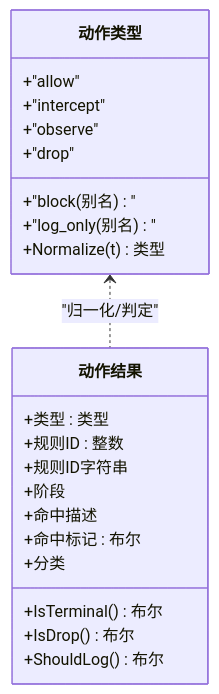
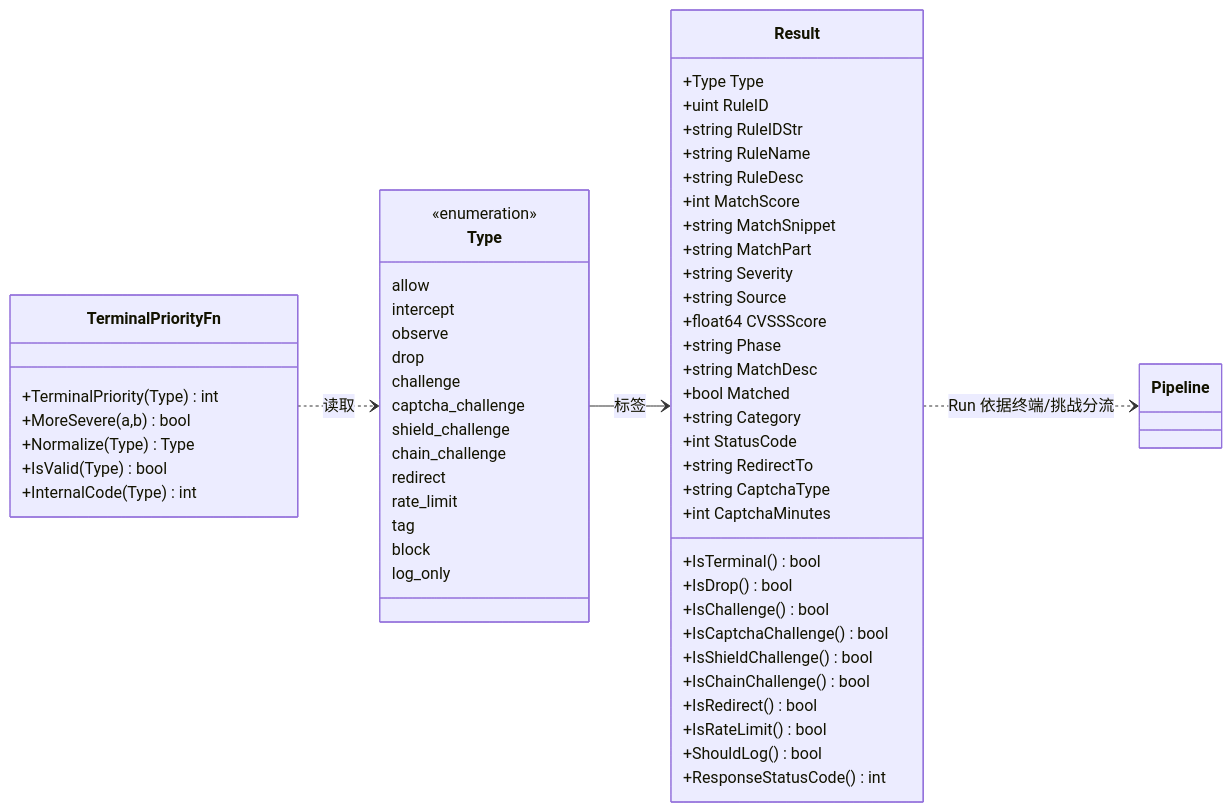
The second of 6 diagrams in docs/WAF 引擎系统/动作与结果系统.md (x01n/My-OpenWaf), drawn with Mermaid before and after one commit. The commit also changed other lines of this file and 622 other files, not shown here.

````diff
--- a/docs/WAF 引擎系统/动作与结果系统.md
+++ b/docs/WAF 引擎系统/动作与结果系统.md
@@ -183,25 +128,61 @@
 ```mermaid
 classDiagram
-class 动作类型 {
-+"allow"
-+"intercept"
-+"observe"
-+"drop"
-+"block(别名)"
-+"log_only(别名)"
-+Normalize(t) 类型
-}
-class 动作结果 {
-+类型 : 类型
-+规则ID : 整数
-+规则ID字符串
-+阶段
-+命中描述
-+命中标记 : 布尔
-+分类
-+IsTerminal() 布尔
-+IsDrop() 布尔
-+ShouldLog() 布尔
-}
-动作类型 <.. 动作结果 : "归一化/判定"
+  direction LR
+  class Type {
+    <<enumeration>>
+    allow
+    intercept
+    observe
+    drop
+    challenge
+    captcha_challenge
+    shield_challenge
+    chain_challenge
+    redirect
+    rate_limit
+    tag
+    block
+    log_only
+  }
+  class Result {
+    +Type Type
+    +uint RuleID
+    +string RuleIDStr
+    +string RuleName
+    +string RuleDesc
+    +int MatchScore
+    +string MatchSnippet
+    +string MatchPart
+    +string Severity
+    +string Source
+    +float64 CVSSScore
+    +string Phase
+    +string MatchDesc
+    +bool Matched
+    +string Category
+    +int StatusCode
+    +string RedirectTo
+    +string CaptchaType
+    +int CaptchaMinutes
+    +IsTerminal() bool
+    +IsDrop() bool
+    +IsChallenge() bool
+    +IsCaptchaChallenge() bool
+    +IsShieldChallenge() bool
+    +IsChainChallenge() bool
+    +IsRedirect() bool
+    +IsRateLimit() bool
+    +ShouldLog() bool
+    +ResponseStatusCode() int
+  }
+  class TerminalPriorityFn {
+    +TerminalPriority(Type) int
+    +MoreSevere(a,b) bool
+    +Normalize(Type) Type
+    +IsValid(Type) bool
+    +InternalCode(Type) int
+  }
+  Type --> Result : 标签
+  TerminalPriorityFn ..> Type : 读取
+  Result ..> Pipeline : Run 依据终端/挑战分流
 ```
````
